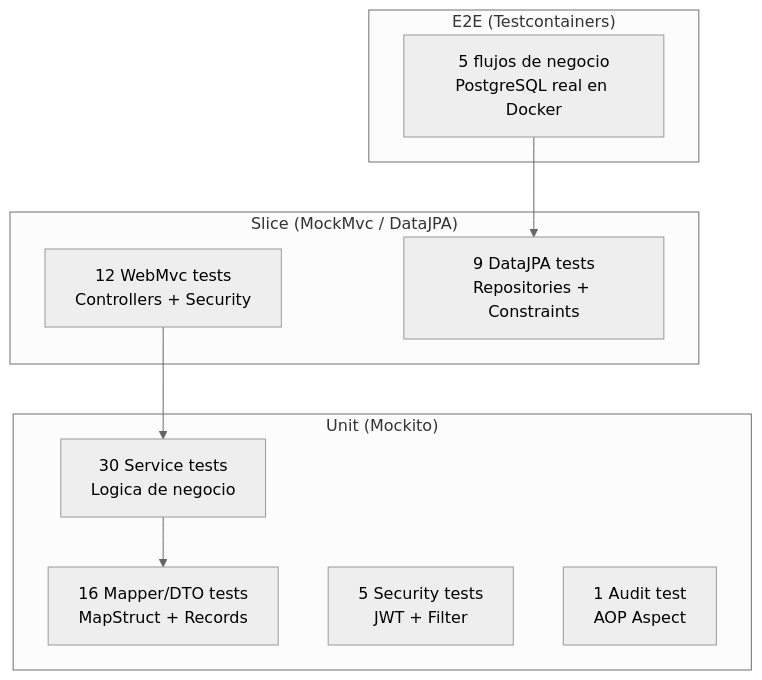
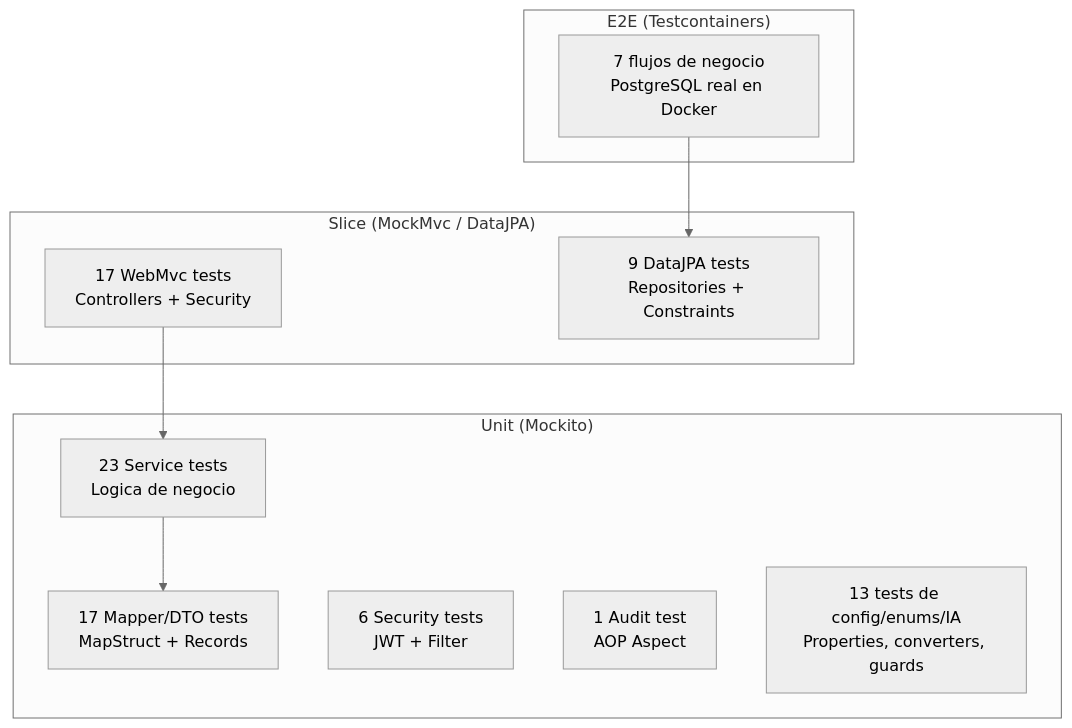
One commit to FepDev25/sistema-facturacion-medica-springboot-react-postgresql changed the sixth of 6 diagrams in backend/README.md. Above: the diagram before and after it, drawn with Mermaid (neutral theme). The commit also changed other lines of this file and 387 other files, not shown here.

````diff
--- a/backend/README.md
+++ b/backend/README.md
@@ -360,22 +362,23 @@
 ```mermaid
 graph TB
     subgraph "E2E (Testcontainers)"
-        E2E[5 flujos de negocio<br/>PostgreSQL real en Docker]
+        E2E[7 flujos de negocio<br/>PostgreSQL real en Docker]
     end
 
     subgraph "Slice (MockMvc / DataJPA)"
-        WEB[12 WebMvc tests<br/>Controllers + Security]
+        WEB[17 WebMvc tests<br/>Controllers + Security]
         JPA[9 DataJPA tests<br/>Repositories + Constraints]
     end
 
     subgraph "Unit (Mockito)"
-        SVC[30 Service tests<br/>Logica de negocio]
-        MAP[16 Mapper/DTO tests<br/>MapStruct + Records]
-        SEC[5 Security tests<br/>JWT + Filter]
+        SVC[23 Service tests<br/>Logica de negocio]
+        MAP[17 Mapper/DTO tests<br/>MapStruct + Records]
+        SEC[6 Security tests<br/>JWT + Filter]
         AUD[1 Audit test<br/>AOP Aspect]
+        OTH[13 tests de config/enums/IA<br/>Properties, converters, guards]
     end
 
     E2E --> JPA
     WEB --> SVC
     SVC --> MAP
 ```
````
